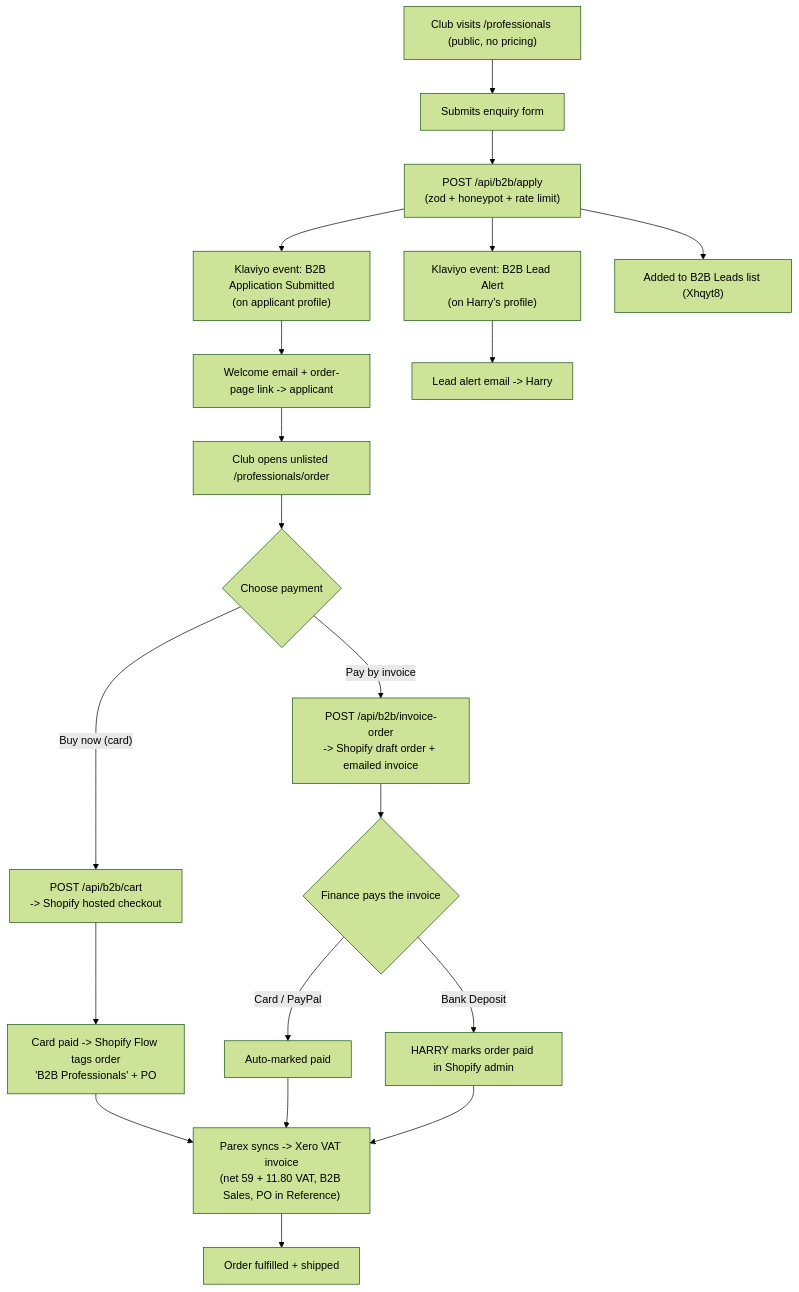
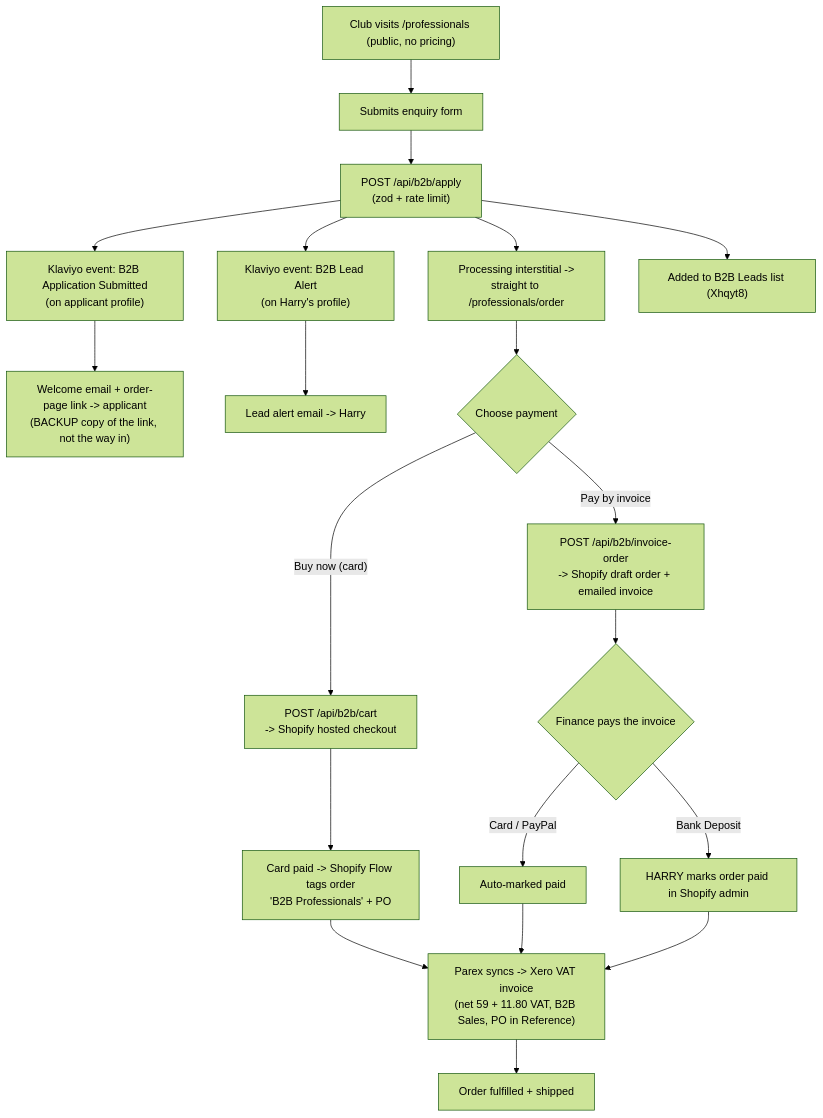
One commit to CONKA-ELITE-LIMITED/conka-site changed the diagram in docs/features/b2b/B2B_PORTAL.md. Above: the diagram before and after it, drawn with Mermaid (forest theme). The commit also changed other lines of this file and 6 other files, not shown here.

````diff
--- a/docs/features/b2b/B2B_PORTAL.md
+++ b/docs/features/b2b/B2B_PORTAL.md
@@ -15,22 +15,22 @@
 ```mermaid
 flowchart TD
   A["Club visits /professionals (public, no pricing)"] --> B["Submits enquiry form"]
-  B --> C["POST /api/b2b/apply<br/>(zod + honeypot + rate limit)"]
+  B --> C["POST /api/b2b/apply<br/>(zod + rate limit)"]
+  C --> I["Processing interstitial -><br/>straight to /professionals/order"]
   C --> D["Klaviyo event: B2B Application Submitted<br/>(on applicant profile)"]
   C --> E["Klaviyo event: B2B Lead Alert<br/>(on Harry's profile)"]
   C --> F["Added to B2B Leads list (Xhqyt8)"]
-  D --> G["Welcome email + order-page link -> applicant"]
+  D --> G["Welcome email + order-page link -> applicant<br/>(BACKUP copy of the link, not the way in)"]
   E --> H["Lead alert email -> Harry"]
-  G --> I["Club opens unlisted /professionals/order"]
   I --> J{"Choose payment"}
   J -->|"Buy now (card)"| K["POST /api/b2b/cart<br/>-> Shopify hosted checkout"]
   J -->|"Pay by invoice"| L["POST /api/b2b/invoice-order<br/>-> Shopify draft order + emailed invoice"]
   K --> M["Card paid -> Shopify Flow tags order<br/>'B2B Professionals' + PO"]
   L --> N{"Finance pays the invoice"}
   N -->|"Card / PayPal"| O["Auto-marked paid"]
   N -->|"Bank Deposit"| P["HARRY marks order paid in Shopify admin"]
   M --> Q["Parex syncs -> Xero VAT invoice<br/>(net 59 + 11.80 VAT, B2B Sales, PO in Reference)"]
   O --> Q
   P --> Q
   Q --> R["Order fulfilled + shipped"]
 ```
````
